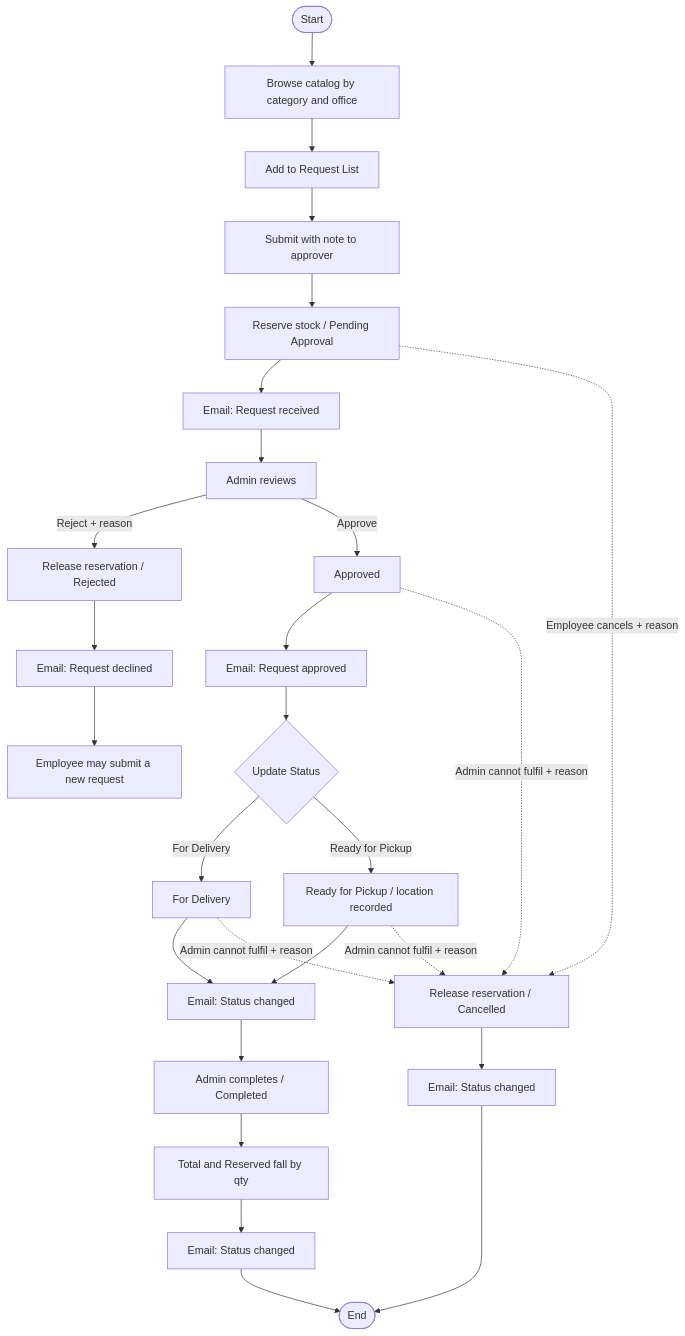
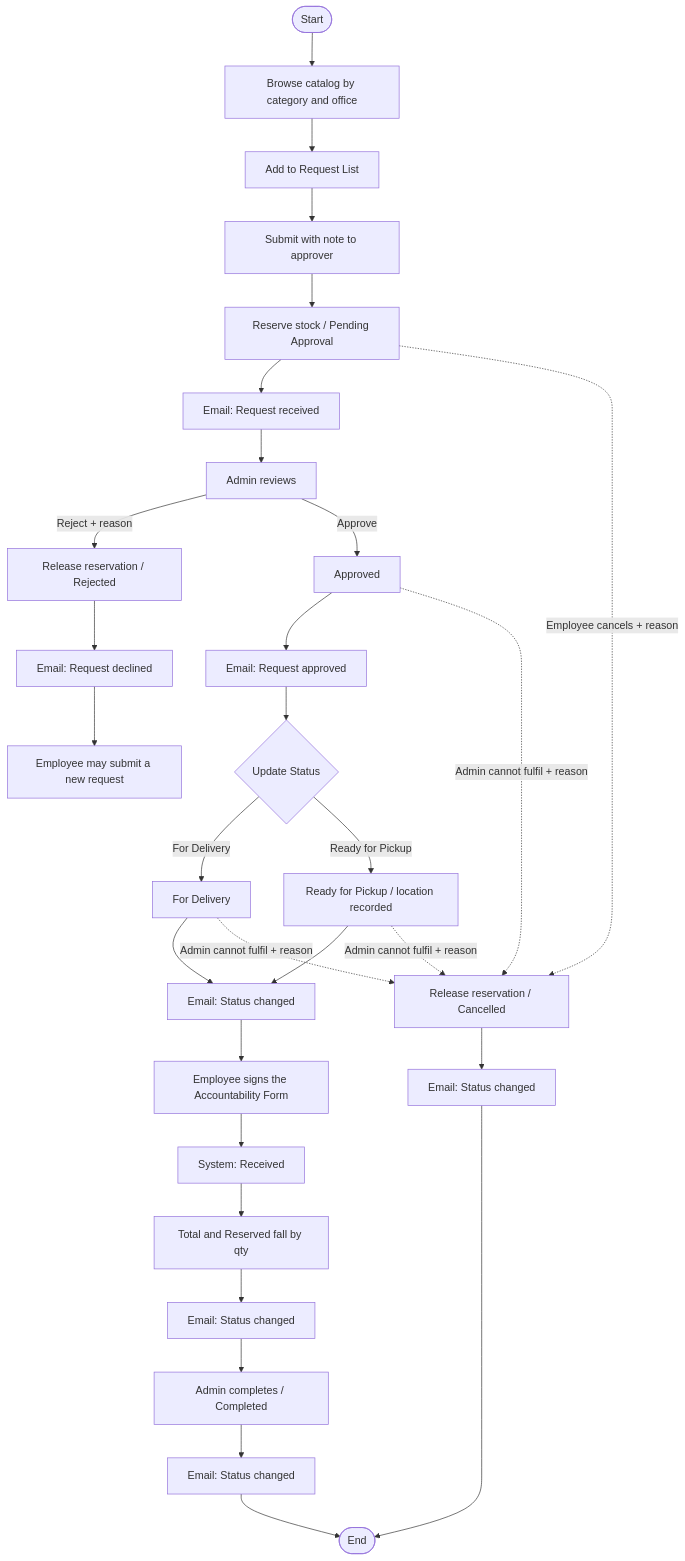
One commit to CoDev-Bench-Team/CoDev-OSRS changed the diagram in docs/process-flow.md. Above: the diagram before and after it, drawn with Mermaid. The commit also changed other lines of this file and 21 other files, not shown here.

````diff
--- a/docs/process-flow.md
+++ b/docs/process-flow.md
@@ -250,30 +263,33 @@
 ```mermaid
 flowchart TD
   start([Start]) --> browse[Browse catalog by category and office]
   browse --> list[Add to Request List]
   list --> submit[Submit with note to approver]
   submit --> reserve[Reserve stock / Pending Approval]
   reserve --> mail1[Email: Request received]
   mail1 --> review[Admin reviews]
   review -->|Reject + reason| rel1[Release reservation / Rejected]
   rel1 --> mailR[Email: Request declined]
   mailR --> newReq[Employee may submit a new request]
   review -->|Approve| approve[Approved]
   approve --> mailA[Email: Request approved]
   mailA --> handover{Update Status}
   handover -->|For Delivery| fd[For Delivery]
   handover -->|Ready for Pickup| fp[Ready for Pickup / location recorded]
   fd --> mailS1[Email: Status changed]
   fp --> mailS1
-  mailS1 --> complete[Admin completes / Completed]
-  complete --> consume[Total and Reserved fall by qty]
-  consume --> mailC[Email: Status changed]
+  mailS1 --> sign[Employee signs the Accountability Form]
+  sign --> received[System: Received]
+  received --> consume[Total and Reserved fall by qty]
+  consume --> mailRc[Email: Status changed]
+  mailRc --> complete[Admin completes / Completed]
+  complete --> mailC[Email: Status changed]
   mailC --> endNode([End])
 
   reserve -.->|Employee cancels + reason| canc[Release reservation / Cancelled]
   approve -.->|Admin cannot fulfil + reason| canc
   fd -.->|Admin cannot fulfil + reason| canc
   fp -.->|Admin cannot fulfil + reason| canc
   canc --> mailX[Email: Status changed]
   mailX --> endNode
 ```
````
